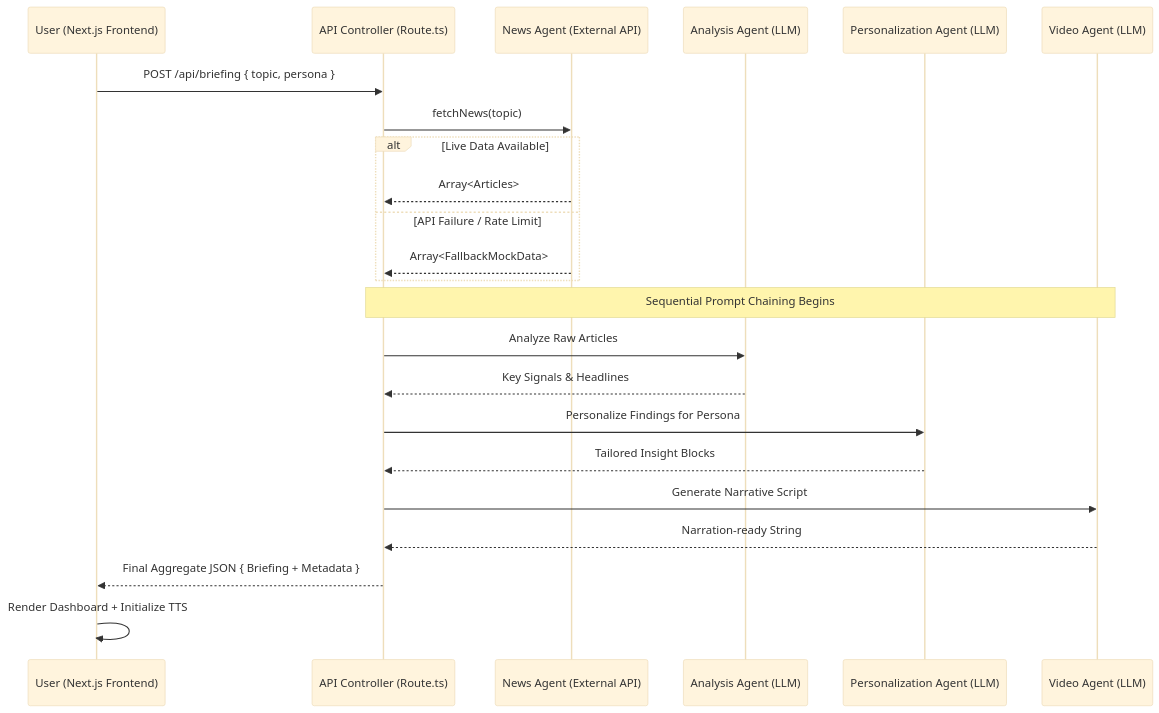
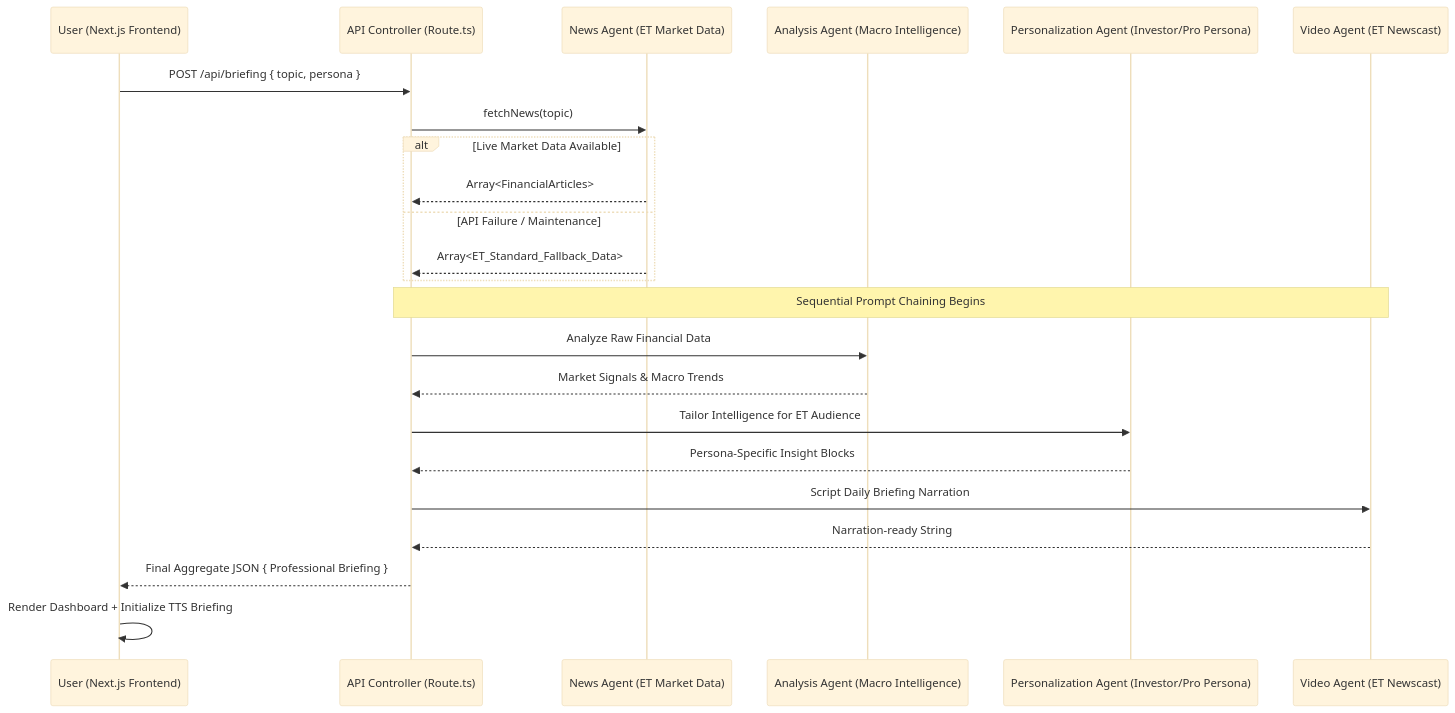
Before and after one commit to Yaser-123/AI-News-Dashboard: the diagram in MULTI_AGENT_ARCHITECTURE.md, drawn with Mermaid (base theme). The commit also changed other lines of this file, not shown here.

Commit message:
Tailor architecture document for Economic Times branding and financial intelligence context

````diff
--- a/MULTI_AGENT_ARCHITECTURE.md
+++ b/MULTI_AGENT_ARCHITECTURE.md
@@ -10,31 +12,31 @@
 ```mermaid
 sequenceDiagram
     participant U as User (Next.js Frontend)
     participant D as API Controller (Route.ts)
-    participant NA as News Agent (External API)
-    participant AA as Analysis Agent (LLM)
-    participant PA as Personalization Agent (LLM)
-    participant VA as Video Agent (LLM)
+    participant NA as News Agent (ET Market Data)
+    participant AA as Analysis Agent (Macro Intelligence)
+    participant PA as Personalization Agent (Investor/Pro Persona)
+    participant VA as Video Agent (ET Newscast)
 
     U->>D: POST /api/briefing { topic, persona }
     D->>NA: fetchNews(topic)
-    alt Live Data Available
-        NA-->>D: Array<Articles>
-    else API Failure / Rate Limit
-        NA-->>D: Array<FallbackMockData>
+    alt Live Market Data Available
+        NA-->>D: Array<FinancialArticles>
+    else API Failure / Maintenance
+        NA-->>D: Array<ET_Standard_Fallback_Data>
     end
     
     note over D,VA: Sequential Prompt Chaining Begins
     
-    D->>AA: Analyze Raw Articles
-    AA-->>D: Key Signals & Headlines
+    D->>AA: Analyze Raw Financial Data
+    AA-->>D: Market Signals & Macro Trends
     
-    D->>PA: Personalize Findings for Persona
-    PA-->>D: Tailored Insight Blocks
+    D->>PA: Tailor Intelligence for ET Audience
+    PA-->>D: Persona-Specific Insight Blocks
     
-    D->>VA: Generate Narrative Script
+    D->>VA: Script Daily Briefing Narration
     VA-->>D: Narration-ready String
     
-    D-->>U: Final Aggregate JSON { Briefing + Metadata }
-    U->>U: Render Dashboard + Initialize TTS
+    D-->>U: Final Aggregate JSON { Professional Briefing }
+    U->>U: Render Dashboard + Initialize TTS Briefing
 ```
````
